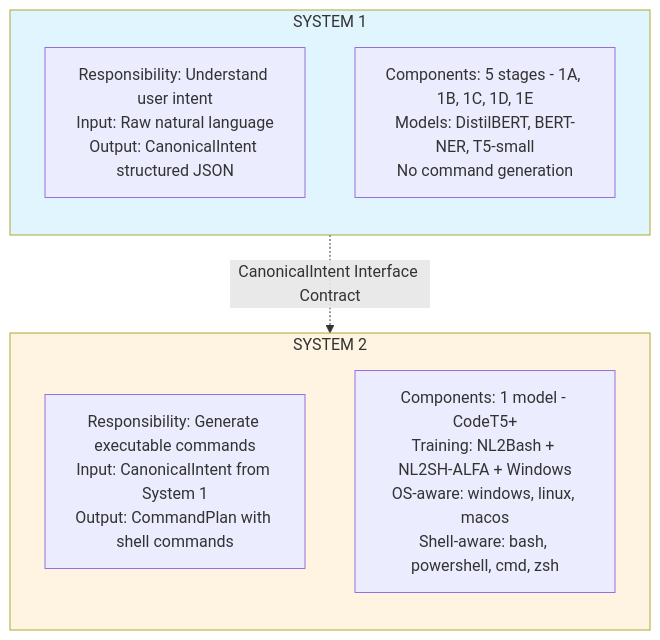
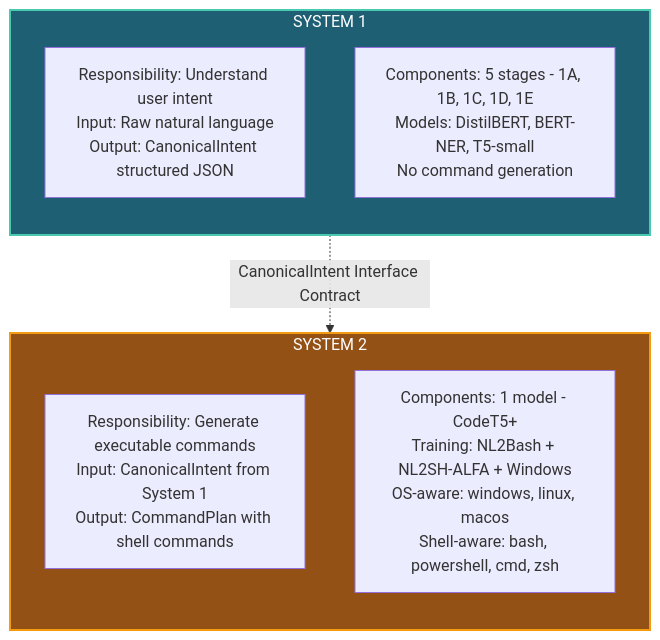
One commit to sumit-s-nair/contAIner changed the sixth of 7 diagrams in docs/ARCHITECTURE_DIAGRAM.md. Above: the diagram before and after it, drawn with Mermaid. The commit also changed other lines of this file and 2 other files, not shown here.

Commit message:
docs: update architecture diagrams with new color scheme

````diff
--- a/docs/ARCHITECTURE_DIAGRAM.md
+++ b/docs/ARCHITECTURE_DIAGRAM.md
@@ -196,28 +196,28 @@
 ```mermaid
 flowchart TB
     subgraph System1["SYSTEM 1"]
         direction TB
         S1Title["Responsibility: Understand user intent
 Input: Raw natural language
 Output: CanonicalIntent structured JSON"]
         S1Components["Components: 5 stages - 1A, 1B, 1C, 1D, 1E
 Models: DistilBERT, BERT-NER, T5-small
 No command generation"]
     end
     
     System1 -.->|"CanonicalIntent Interface Contract"| System2
     
     subgraph System2["SYSTEM 2"]
         direction TB
         S2Title["Responsibility: Generate executable commands
 Input: CanonicalIntent from System 1
 Output: CommandPlan with shell commands"]
         S2Components["Components: 1 model - CodeT5+
 Training: NL2Bash + NL2SH-ALFA + Windows
 OS-aware: windows, linux, macos
 Shell-aware: bash, powershell, cmd, zsh"]
     end
     
-    style System1 fill:#e1f5ff
-    style System2 fill:#fff4e1
+    style System1 fill:#1e5f74,stroke:#48c9b0,stroke-width:2px,color:#fff
+    style System2 fill:#935116,stroke:#f39c12,stroke-width:2px,color:#fff
 ```
````
